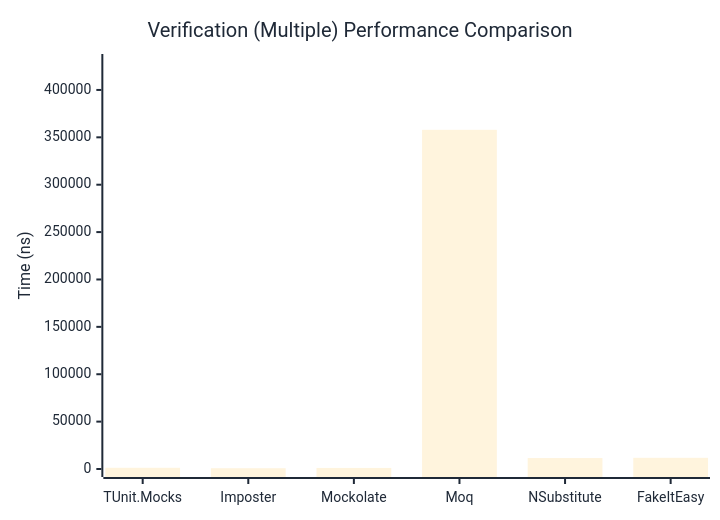
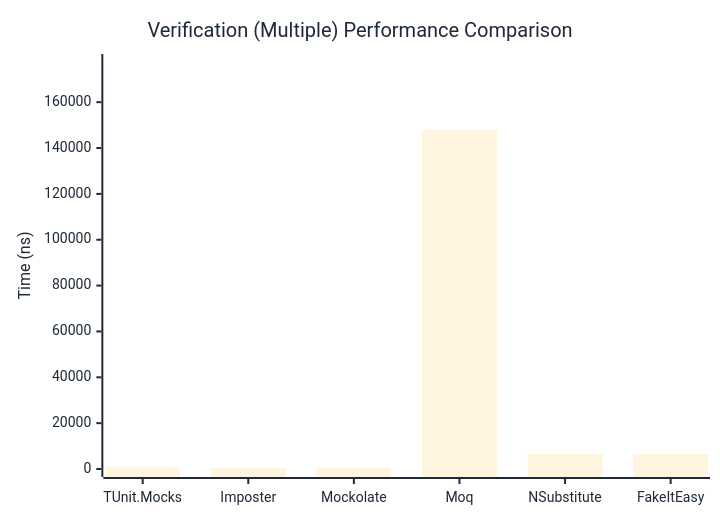
One commit to thomhurst/TUnit changed the third of 3 diagrams in docs/docs/benchmarks/mocks/Verification.md. Above: the diagram before and after it, drawn with Mermaid. The commit also changed other lines of this file and 14 other files, not shown here.

````diff
--- a/docs/docs/benchmarks/mocks/Verification.md
+++ b/docs/docs/benchmarks/mocks/Verification.md
@@ -112,27 +112,27 @@
 ```mermaid
 %%{init: {
   'theme':'base',
   'themeVariables': {
     'primaryColor': '#2563eb',
     'primaryTextColor': '#1f2937',
     'primaryBorderColor': '#1e40af',
     'lineColor': '#6b7280',
     'secondaryColor': '#7c3aed',
     'tertiaryColor': '#dc2626',
     'background': '#ffffff',
     'pie1': '#2563eb',
     'pie2': '#7c3aed',
     'pie3': '#dc2626',
     'pie4': '#f59e0b',
     'pie5': '#10b981',
     'pie6': '#06b6d4',
     'pie7': '#ec4899',
     'pie8': '#6366f1'
   }
 }}%%
 xychart-beta
   title "Verification (Multiple) Performance Comparison"
   x-axis ["TUnit.Mocks", "Imposter", "Mockolate", "Moq", "NSubstitute", "FakeItEasy"]
-  y-axis "Time (ns)" 0 --> 429486
-  bar [1289.65, 820.58, 1123.51, 357904.59, 11547.05, 11783.62]
+  y-axis "Time (ns)" 0 --> 177529
+  bar [758.88, 350.33, 648.6, 147940.55, 6511.22, 6430.4]
 ```
````
